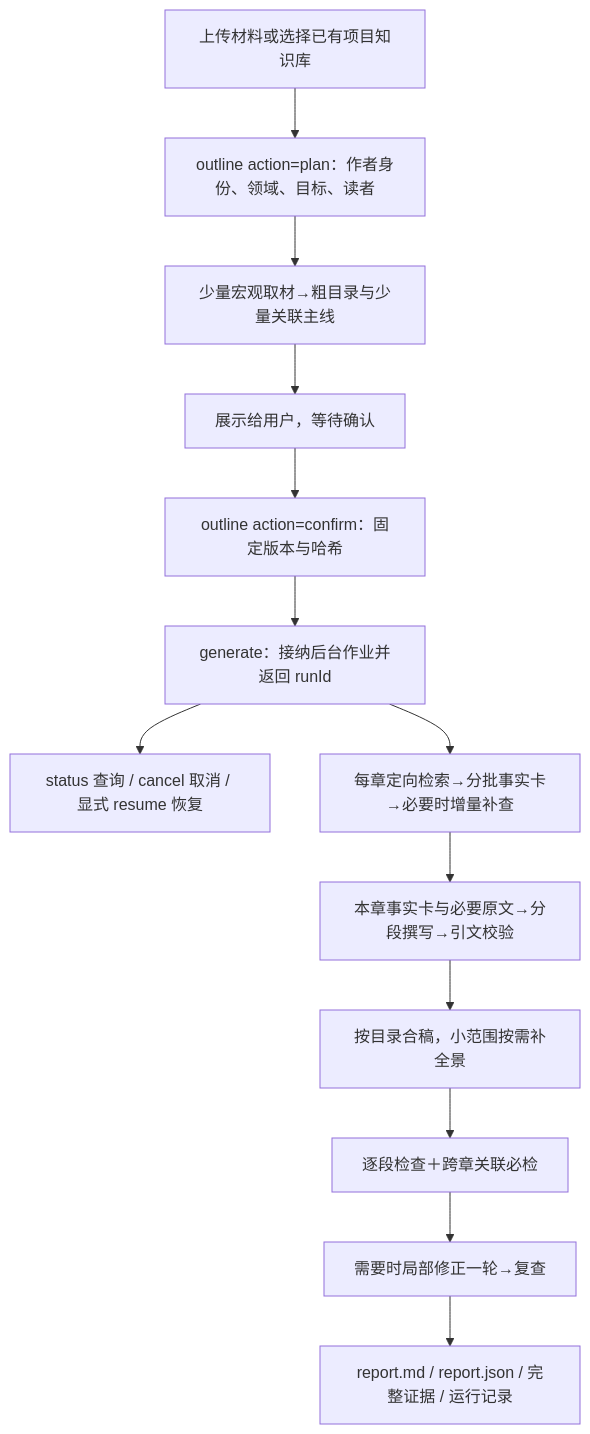
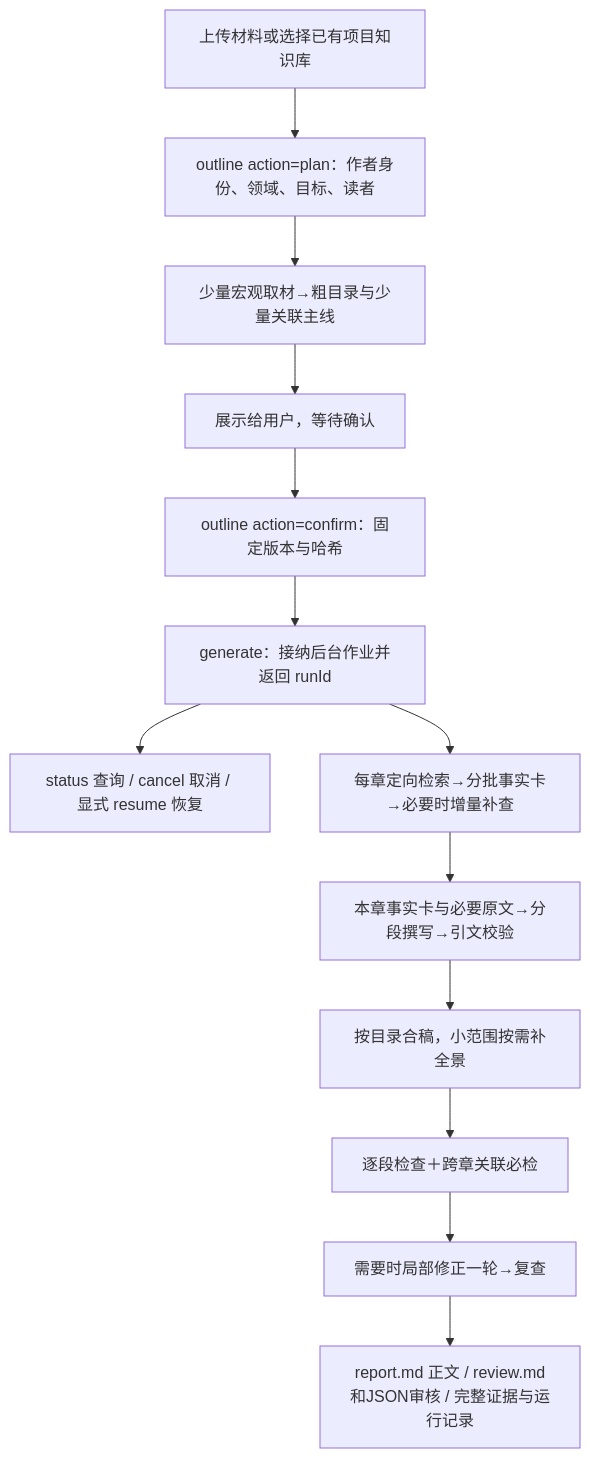
One commit to z460046000-ops/WLYD_content changed the diagram in README.md. Above: the diagram before and after it, drawn with Mermaid. The commit also changed other lines of this file and 36 other files, not shown here.

````diff
--- a/README.md
+++ b/README.md
@@ -55,15 +70,15 @@
 ```mermaid
 flowchart TD
     A[上传材料或选择已有项目知识库] --> B[outline action=plan：作者身份、领域、目标、读者]
     B --> C[少量宏观取材→粗目录与少量关联主线]
     C --> D[展示给用户，等待确认]
     D --> E[outline action=confirm：固定版本与哈希]
     E --> F[generate：接纳后台作业并返回 runId]
     F --> S[status 查询 / cancel 取消 / 显式 resume 恢复]
     F --> G[每章定向检索→分批事实卡→必要时增量补查]
     G --> H[本章事实卡与必要原文→分段撰写→引文校验]
     H --> I[按目录合稿，小范围按需补全景]
     I --> J[逐段检查＋跨章关联必检]
     J --> K[需要时局部修正一轮→复查]
-    K --> L[report.md / report.json / 完整证据 / 运行记录]
+    K --> L[report.md 正文 / review.md和JSON审核 / 完整证据与运行记录]
 ```
````
